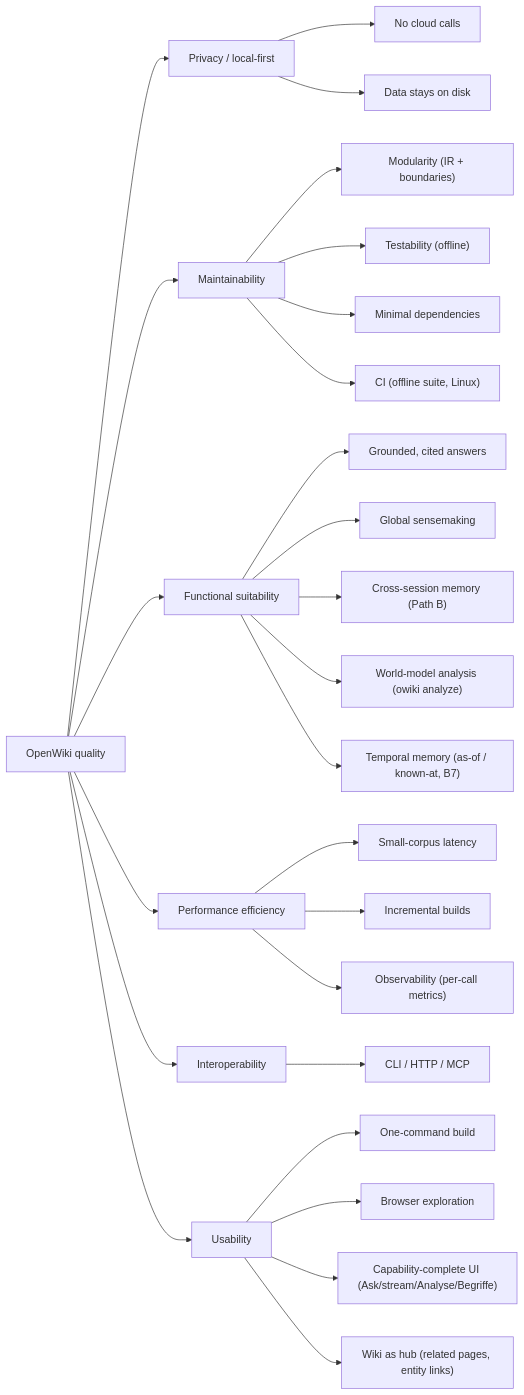
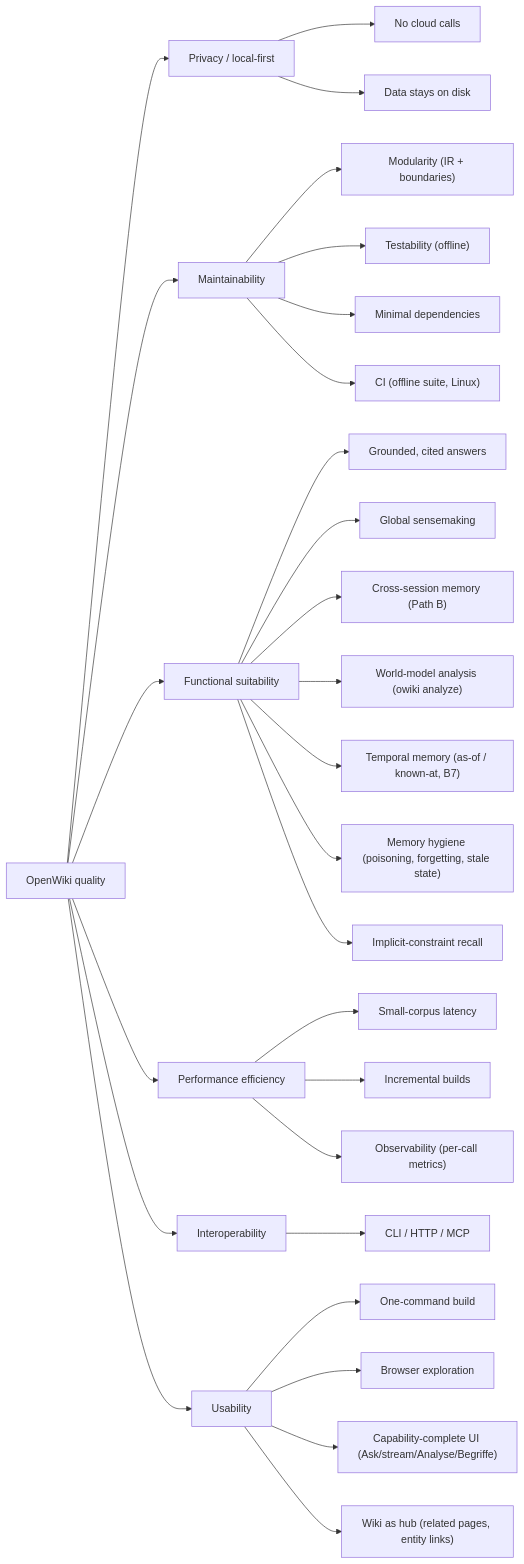
The diagram in docs/arc42/10-quality-requirements.md (Neuroant/OpenWiki), drawn with Mermaid before and after one commit. The commit also changed other lines of this file and 11 other files, not shown here.

````diff
--- a/docs/arc42/10-quality-requirements.md
+++ b/docs/arc42/10-quality-requirements.md
@@ -8,19 +8,20 @@
 ```mermaid
 flowchart LR
   Q["OpenWiki quality"]
   Q --> P["Privacy / local-first"]
   Q --> M["Maintainability"]
   Q --> F["Functional suitability"]
   Q --> E["Performance efficiency"]
   Q --> I["Interoperability"]
   Q --> U["Usability"]
   P --> P1["No cloud calls"] & P2["Data stays on disk"]
   M --> M1["Modularity (IR + boundaries)"] & M2["Testability (offline)"] & M3["Minimal dependencies"]
   F --> F1["Grounded, cited answers"] & F2["Global sensemaking"] & F3["Cross-session memory (Path B)"]
   F --> F4["World-model analysis (owiki analyze)"] & F5["Temporal memory (as-of / known-at, B7)"]
+  F --> F6["Memory hygiene (poisoning, forgetting, stale state)"] & F7["Implicit-constraint recall"]
   E --> E1["Small-corpus latency"] & E2["Incremental builds"] & E3["Observability (per-call metrics)"]
   M --> M4["CI (offline suite, Linux)"]
   I --> I1["CLI / HTTP / MCP"]
   U --> U1["One-command build"] & U2["Browser exploration"] & U3["Capability-complete UI (Ask/stream/Analyse/Begriffe)"]
   U --> U4["Wiki as hub (related pages, entity links)"]
 ```
````
